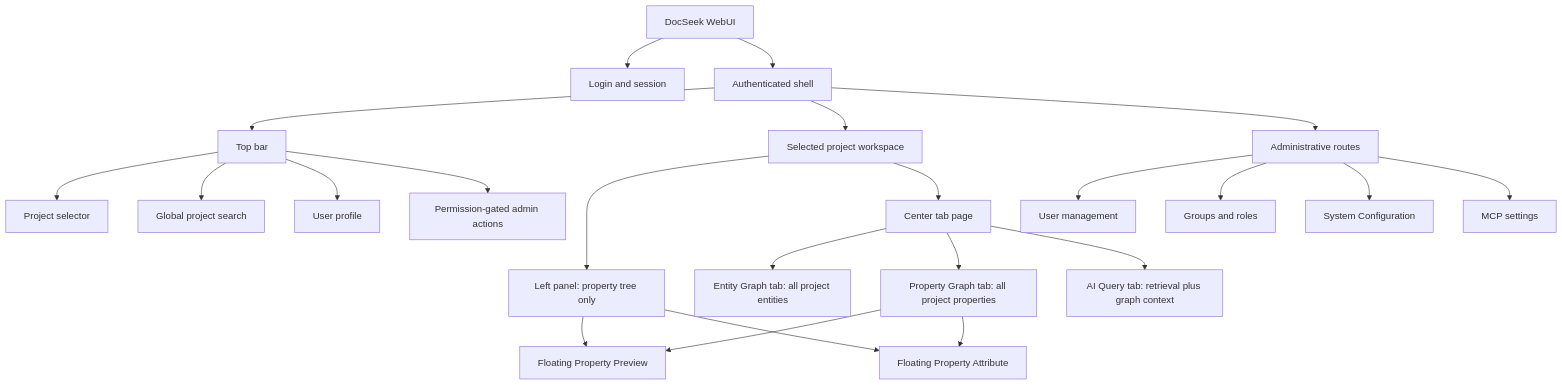
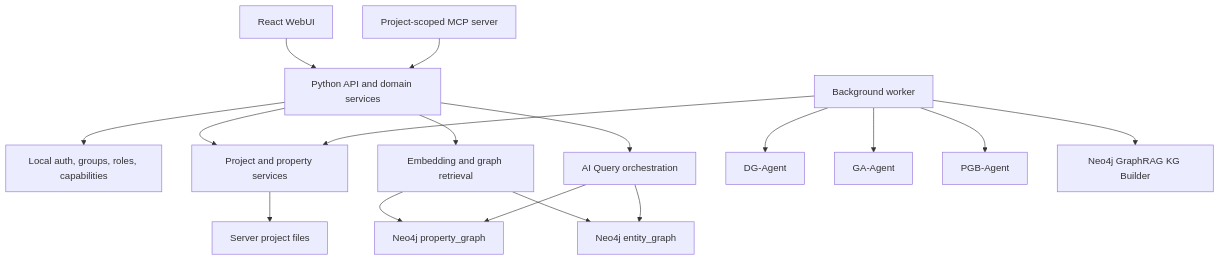
Before and after one commit to ATreep/DocSeek: the first of 19 diagrams in docs/superpowers/specs/2026-08-15-docseek-detailed-prd.md, drawn with Mermaid. The commit also changed other lines of this file and 1 other file, not shown here.

Commit message:
docs: revise DocSeek for Neo4j GraphRAG architecture

````diff
--- a/docs/superpowers/specs/2026-08-15-docseek-detailed-prd.md
+++ b/docs/superpowers/specs/2026-08-15-docseek-detailed-prd.md
@@ -78,28 +97,19 @@
 ```mermaid
 flowchart TB
-  APP["DocSeek WebUI"] --> LOGIN["Login and session"]
-  APP --> SHELL["Authenticated shell"]
-  SHELL --> TOP["Top bar"]
-  SHELL --> PROJECT["Selected project workspace"]
-  SHELL --> ADMIN["Administrative routes"]
-
-  TOP --> SELECTOR["Project selector"]
-  TOP --> SEARCH["Global project search"]
-  TOP --> PROFILE["User profile"]
-  TOP --> ADMIN_ACTIONS["Permission-gated admin actions"]
-
-  PROJECT --> TREE["Left panel: property tree only"]
-  PROJECT --> CENTER["Center tab page"]
-  CENTER --> ENTITY_GRAPH["Entity Graph tab: all project entities"]
-  CENTER --> PROPERTY_GRAPH["Property Graph tab: all project properties"]
-  CENTER --> AI_QUERY["AI Query tab: retrieval plus graph context"]
-  TREE --> PREVIEW["Floating Property Preview"]
-  TREE --> ATTRIBUTE["Floating Property Attribute"]
-  PROPERTY_GRAPH --> PREVIEW
-  PROPERTY_GRAPH --> ATTRIBUTE
-
-  ADMIN --> USERS["User management"]
-  ADMIN --> ROLES["Groups and roles"]
-  ADMIN --> SYSTEM["System Configuration"]
-  ADMIN --> MCP["MCP settings"]
+  WEB["React WebUI"] --> API["Python API and domain services"]
+  MCP["Project-scoped MCP server"] --> API
+  API --> AUTH["Local auth, groups, roles, capabilities"]
+  API --> PROJECTS["Project and property services"]
+  API --> SEARCH["Embedding and graph retrieval"]
+  API --> QUERY["AI Query orchestration"]
+  WORKER["Background worker"] --> PROJECTS
+  WORKER --> DG["DG-Agent"]
+  WORKER --> GA["GA-Agent"]
+  WORKER --> PGB["PGB-Agent"]
+  WORKER --> KG["Neo4j GraphRAG KG Builder"]
+  PROJECTS --> FILES["Server project files"]
+  SEARCH --> PG["Neo4j property_graph"]
+  SEARCH --> EG["Neo4j entity_graph"]
+  QUERY --> PG
+  QUERY --> EG
 ```
````
